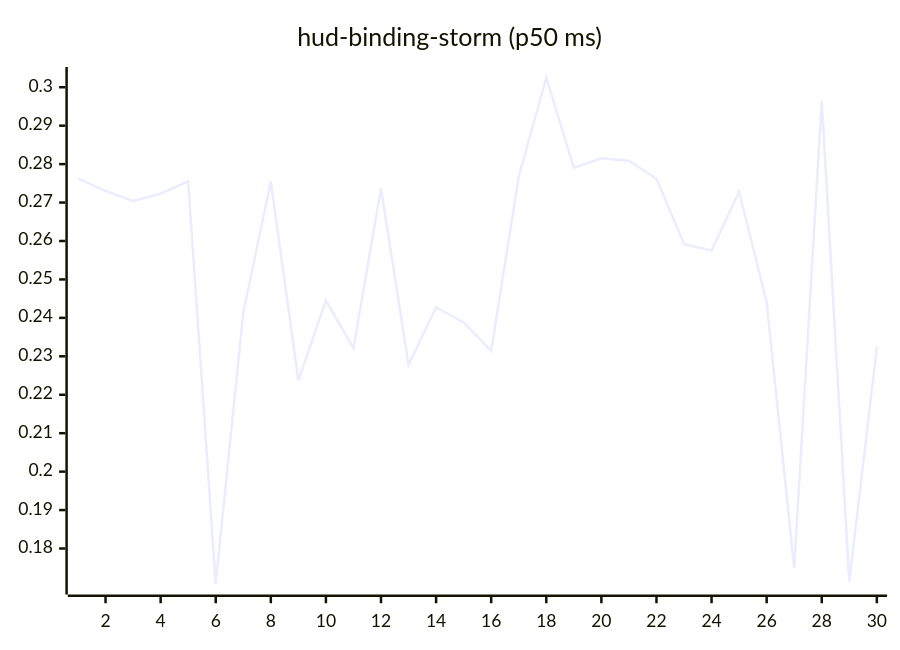
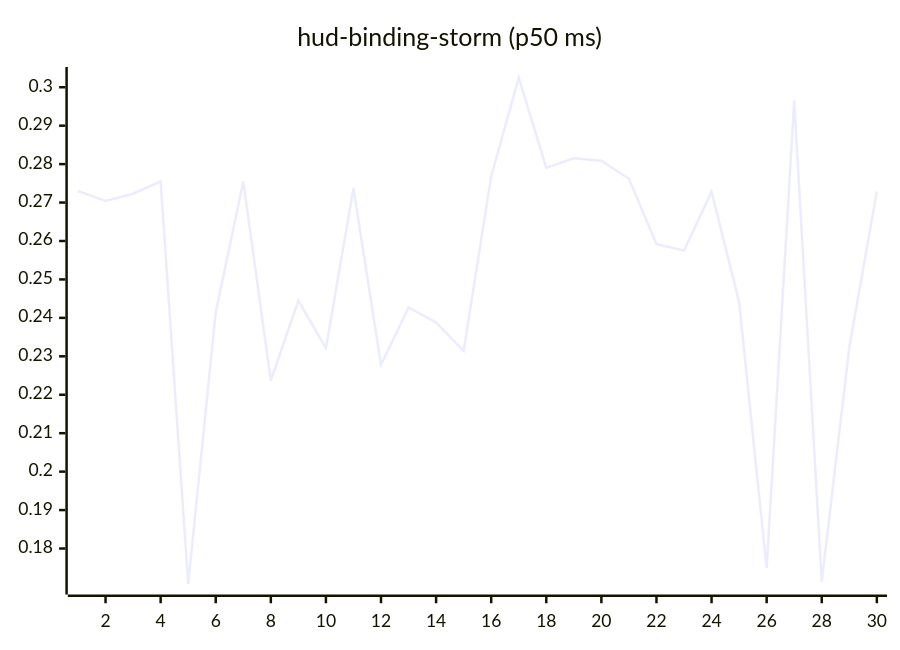
The tenth of 27 diagrams in README.md (josha/Facet), drawn with Mermaid before and after one commit. The commit also changed other lines of this file and 2 other files, not shown here.

````diff
--- a/README.md
+++ b/README.md
@@ -126,6 +126,6 @@
 ```mermaid
 xychart-beta
     title "hud-binding-storm (p50 ms)"
     x-axis 1 --> 30
-    line [0.2763, 0.2730, 0.2704, 0.2723, 0.2755, 0.1708, 0.2414, 0.2755, 0.2237, 0.2445, 0.2321, 0.2737, 0.2278, 0.2427, 0.2388, 0.2314, 0.2768, 0.3025, 0.2790, 0.2815, 0.2809, 0.2762, 0.2592, 0.2575, 0.2728, 0.2441, 0.1749, 0.2965, 0.1714, 0.2323]
+    line [0.2730, 0.2704, 0.2723, 0.2755, 0.1708, 0.2414, 0.2755, 0.2237, 0.2445, 0.2321, 0.2737, 0.2278, 0.2427, 0.2388, 0.2314, 0.2768, 0.3025, 0.2790, 0.2815, 0.2809, 0.2762, 0.2592, 0.2575, 0.2728, 0.2441, 0.1749, 0.2965, 0.1714, 0.2323, 0.2729]
 ```
````
